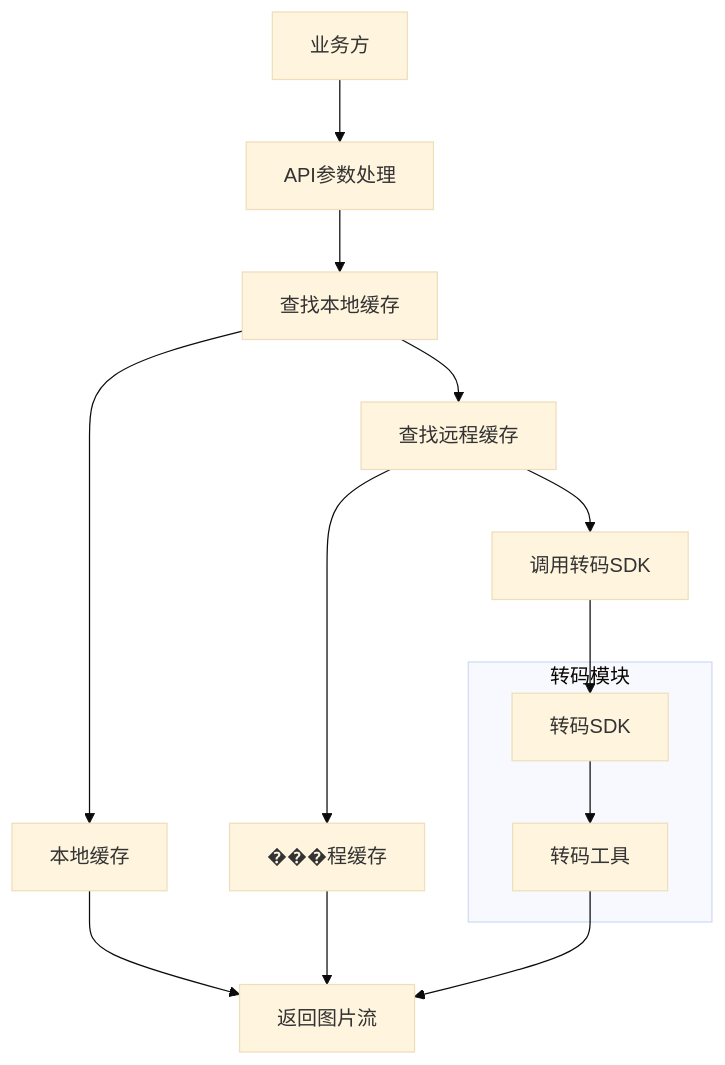
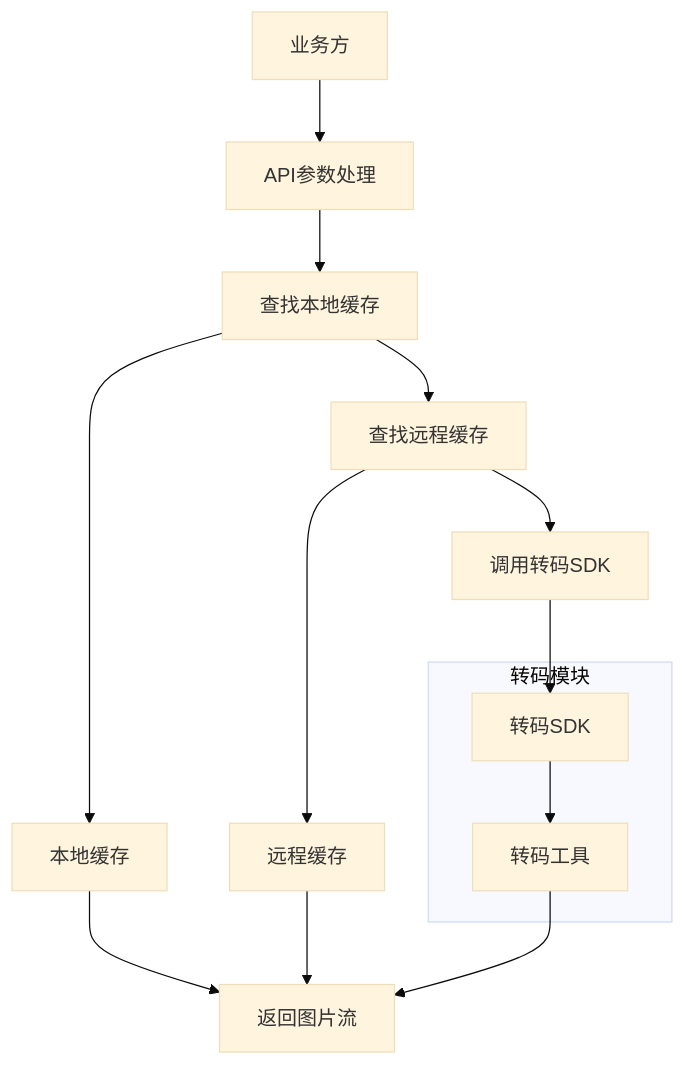
Before and after one commit to frog-engine/frog-go: the second of 3 diagrams in Process.md, drawn with Mermaid (base theme). The commit also changed 1324 other files, not shown here.

````diff
--- a/Process.md
+++ b/Process.md
@@ -52,19 +52,19 @@
 ```mermaid
 graph TD
     %% 主流程
     A[业务方] --> B[API参数处理]
     B --> C[查找本地缓存]
     C --> D[本地缓存] --> J[返回图片流]
     C --> E[查找远程缓存]
-    E --> F[���程缓存] --> J[返回图片流]
+    E --> F[远程缓存] --> J[返回图片流]
     E --> G[调用转码SDK]
 
     %% 转码模块
     subgraph 转码模块
         H[转码SDK] --> I[转码工具]
     end
 
     G --> H
     I --> J[返回图片流]
 
 ```
````
